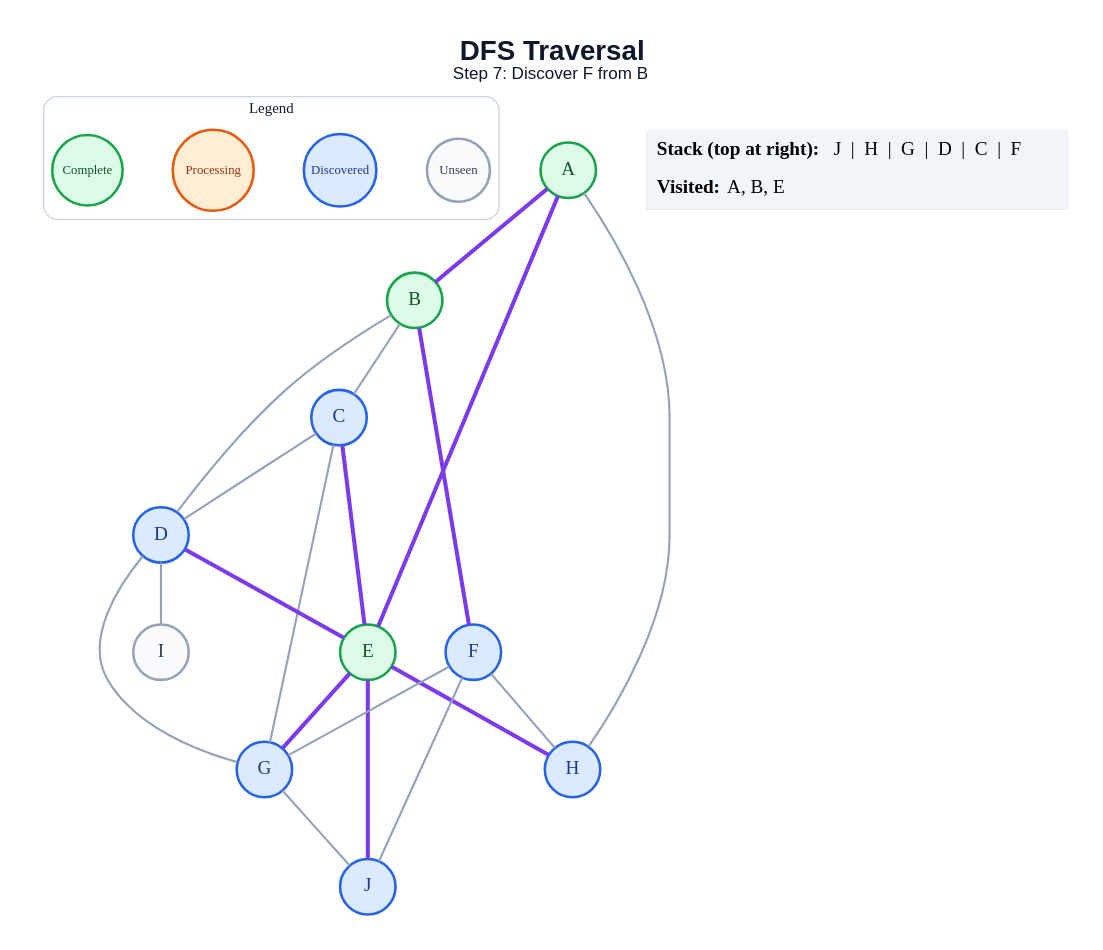
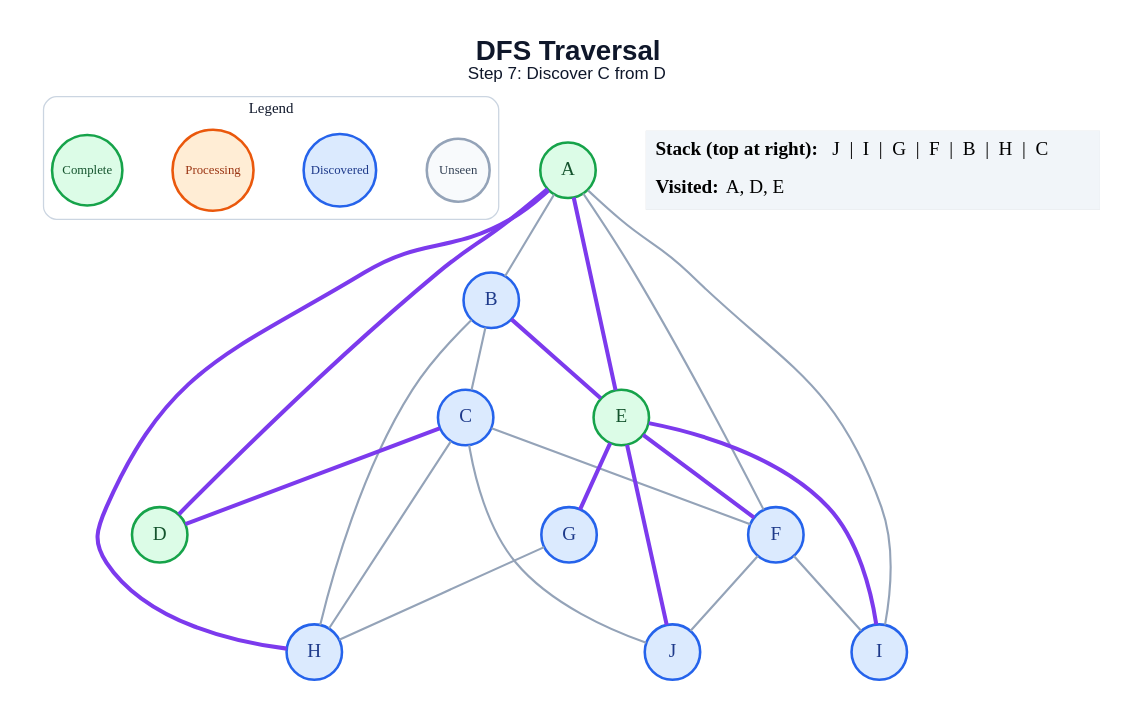
One commit to amanghodawala9/ai-slop changed the diagram in generated/specific-node/dfs/step_07.dot. Above: the diagram before and after it, drawn with Graphviz. The commit also changed 178 other files, not shown here.

```diff
--- a/generated/specific-node/dfs/step_07.dot
+++ b/generated/specific-node/dfs/step_07.dot
@@ -1,48 +1,49 @@
 graph traversal {
   graph [layout=dot, rankdir=TB, bgcolor="#FFFFFF", pad="0.35", nodesep="0.65", ranksep="0.8", fontname="Arial"];
   node [shape=circle, style="filled", fontname="Arial Bold", fontsize=18, width=0.72, fixedsize=true, penwidth=2.4];
   edge [color="#94A3B8", penwidth=2.0];
-  label=<<B>DFS Traversal</B><BR/><FONT POINT-SIZE="16">Step 7: Discover F from B</FONT>>; labelloc="t"; fontsize=26; fontname="Arial"; fontcolor="#0F172A";
+  label=<<B>DFS Traversal</B><BR/><FONT POINT-SIZE="16">Step 7: Discover C from D</FONT>>; labelloc="t"; fontsize=26; fontname="Arial"; fontcolor="#0F172A";
   subgraph cluster_legend { label="Legend"; color="#CBD5E1"; penwidth=1.2; style="rounded"; fontsize=14; fontname="Arial Bold";
     key_unseen [label="Unseen", fillcolor="#F8FAFC", color="#94A3B8", fontcolor="#334155", fontsize=12, width=0.82];
     key_frontier [label="Discovered", fillcolor="#DBEAFE", color="#2563EB", fontcolor="#1E3A8A", fontsize=12, width=0.95];
     key_current [label="Processing", fillcolor="#FFEDD5", color="#EA580C", fontcolor="#9A3412", fontsize=12, width=1.05];
     key_done [label="Complete", fillcolor="#DCFCE7", color="#16A34A", fontcolor="#14532D", fontsize=12, width=0.92];
     { rank=same; key_unseen; key_frontier; key_current; key_done; }
   }
   A [fillcolor="#DCFCE7", color="#16A34A", fontcolor="#14532D"];
-  B [fillcolor="#DCFCE7", color="#16A34A", fontcolor="#14532D"];
+  B [fillcolor="#DBEAFE", color="#2563EB", fontcolor="#1E3A8A"];
   C [fillcolor="#DBEAFE", color="#2563EB", fontcolor="#1E3A8A"];
-  D [fillcolor="#DBEAFE", color="#2563EB", fontcolor="#1E3A8A"];
+  D [fillcolor="#DCFCE7", color="#16A34A", fontcolor="#14532D"];
   E [fillcolor="#DCFCE7", color="#16A34A", fontcolor="#14532D"];
   F [fillcolor="#DBEAFE", color="#2563EB", fontcolor="#1E3A8A"];
   G [fillcolor="#DBEAFE", color="#2563EB", fontcolor="#1E3A8A"];
   H [fillcolor="#DBEAFE", color="#2563EB", fontcolor="#1E3A8A"];
-  I [fillcolor="#F8FAFC", color="#94A3B8", fontcolor="#334155"];
+  I [fillcolor="#DBEAFE", color="#2563EB", fontcolor="#1E3A8A"];
   J [fillcolor="#DBEAFE", color="#2563EB", fontcolor="#1E3A8A"];
-  A -- B [color="#7C3AED", penwidth=3.8];
+  A -- B;
+  A -- D [color="#7C3AED", penwidth=3.8];
   A -- E [color="#7C3AED", penwidth=3.8];
-  A -- H;
+  A -- F;
+  A -- H [color="#7C3AED", penwidth=3.8];
+  A -- I;
   B -- C;
-  B -- D;
-  B -- F [color="#7C3AED", penwidth=3.8];
-  C -- D;
-  C -- E [color="#7C3AED", penwidth=3.8];
-  C -- G;
-  D -- E [color="#7C3AED", penwidth=3.8];
-  D -- G;
-  D -- I;
+  B -- E [color="#7C3AED", penwidth=3.8];
+  B -- H;
+  C -- D [color="#7C3AED", penwidth=3.8];
+  C -- F;
+  C -- H;
+  C -- J;
+  E -- F [color="#7C3AED", penwidth=3.8];
   E -- G [color="#7C3AED", penwidth=3.8];
-  E -- H [color="#7C3AED", penwidth=3.8];
+  E -- I [color="#7C3AED", penwidth=3.8];
   E -- J [color="#7C3AED", penwidth=3.8];
-  F -- G;
-  F -- H;
+  F -- I;
   F -- J;
-  G -- J;
+  G -- H;
   status [shape=plain, fixedsize=false, width=0, height=0, margin=0, label=<
     <TABLE BORDER="0" CELLBORDER="0" CELLPADDING="7" BGCOLOR="#F1F5F9">
-      <TR><TD ALIGN="LEFT"><B>Stack (top at right):</B> J  |  H  |  G  |  D  |  C  |  F</TD></TR>
-      <TR><TD ALIGN="LEFT"><B>Visited:</B> A, B, E</TD></TR>
+      <TR><TD ALIGN="LEFT"><B>Stack (top at right):</B> J  |  I  |  G  |  F  |  B  |  H  |  C</TD></TR>
+      <TR><TD ALIGN="LEFT"><B>Visited:</B> A, D, E</TD></TR>
     </TABLE>
   >];
 }
```
